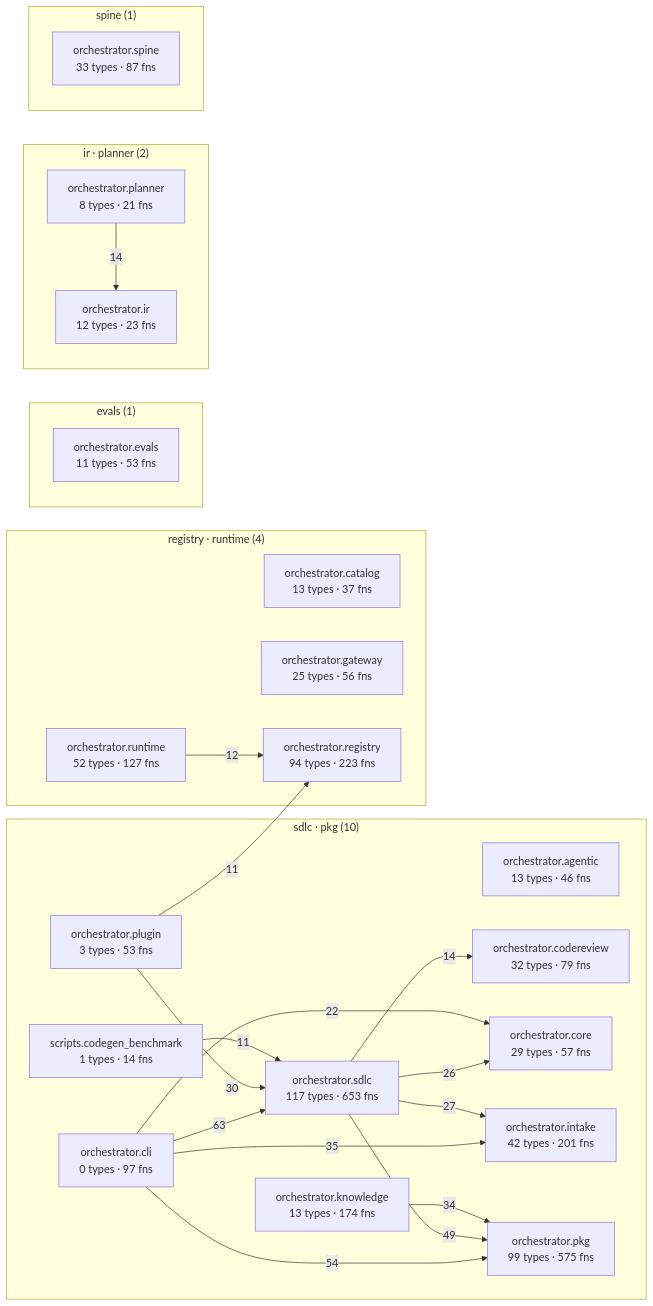
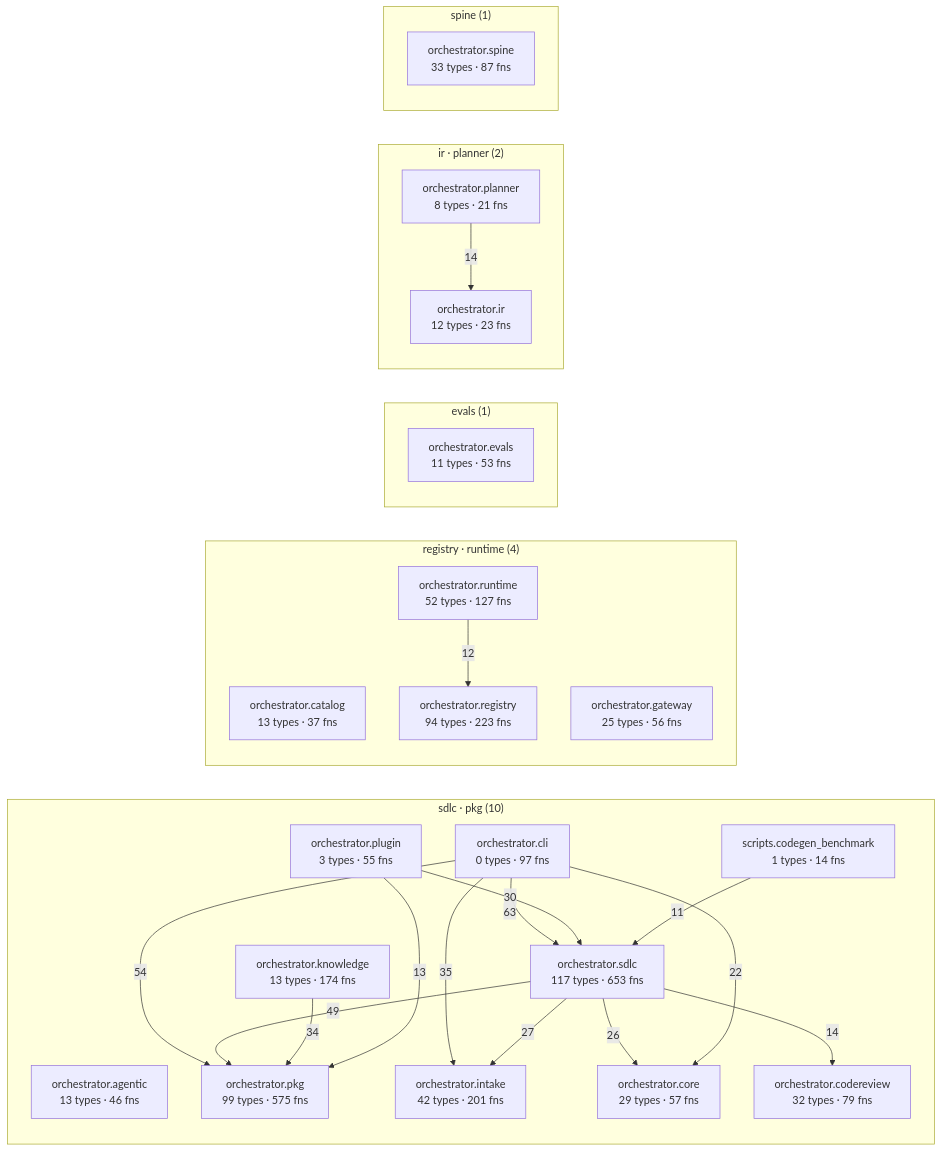
The diagram in episteme/architecture.md (synaptixs/spine), drawn with Mermaid before and after one commit. The commit also changed other lines of this file and 9 other files, not shown here.

````diff
--- a/episteme/architecture.md
+++ b/episteme/architecture.md
@@ -54,45 +54,45 @@
 ```mermaid
 flowchart LR
   subgraph c_1["sdlc · pkg (10)"]
     aorchestratoragentic["orchestrator.agentic<br/>13 types · 46 fns"]
     aorchestratorcli["orchestrator.cli<br/>0 types · 97 fns"]
     aorchestratorcodereview["orchestrator.codereview<br/>32 types · 79 fns"]
     aorchestratorcore["orchestrator.core<br/>29 types · 57 fns"]
     aorchestratorintake["orchestrator.intake<br/>42 types · 201 fns"]
     aorchestratorknowledge["orchestrator.knowledge<br/>13 types · 174 fns"]
     aorchestratorpkg["orchestrator.pkg<br/>99 types · 575 fns"]
-    aorchestratorplugin["orchestrator.plugin<br/>3 types · 53 fns"]
+    aorchestratorplugin["orchestrator.plugin<br/>3 types · 55 fns"]
     aorchestratorsdlc["orchestrator.sdlc<br/>117 types · 653 fns"]
     ascriptscodegenbenchmark["scripts.codegen_benchmark<br/>1 types · 14 fns"]
   end
   subgraph c_3["registry · runtime (4)"]
     aorchestratorcatalog["orchestrator.catalog<br/>13 types · 37 fns"]
     aorchestratorgateway["orchestrator.gateway<br/>25 types · 56 fns"]
     aorchestratorregistry["orchestrator.registry<br/>94 types · 223 fns"]
     aorchestratorruntime["orchestrator.runtime<br/>52 types · 127 fns"]
   end
   subgraph c_5["evals (1)"]
     aorchestratorevals["orchestrator.evals<br/>11 types · 53 fns"]
   end
   subgraph c_7["ir · planner (2)"]
     aorchestratorir["orchestrator.ir<br/>12 types · 23 fns"]
     aorchestratorplanner["orchestrator.planner<br/>8 types · 21 fns"]
   end
   subgraph c_10["spine (1)"]
     aorchestratorspine["orchestrator.spine<br/>33 types · 87 fns"]
   end
   aorchestratorcli -->|63| aorchestratorsdlc
   aorchestratorcli -->|54| aorchestratorpkg
   aorchestratorsdlc -->|49| aorchestratorpkg
   aorchestratorcli -->|35| aorchestratorintake
   aorchestratorknowledge -->|34| aorchestratorpkg
   aorchestratorplugin -->|30| aorchestratorsdlc
   aorchestratorsdlc -->|27| aorchestratorintake
   aorchestratorsdlc -->|26| aorchestratorcore
   aorchestratorcli -->|22| aorchestratorcore
   aorchestratorplanner -->|14| aorchestratorir
   aorchestratorsdlc -->|14| aorchestratorcodereview
+  aorchestratorplugin -->|13| aorchestratorpkg
   aorchestratorruntime -->|12| aorchestratorregistry
   ascriptscodegenbenchmark -->|11| aorchestratorsdlc
-  aorchestratorplugin -->|11| aorchestratorregistry
 ```
````
